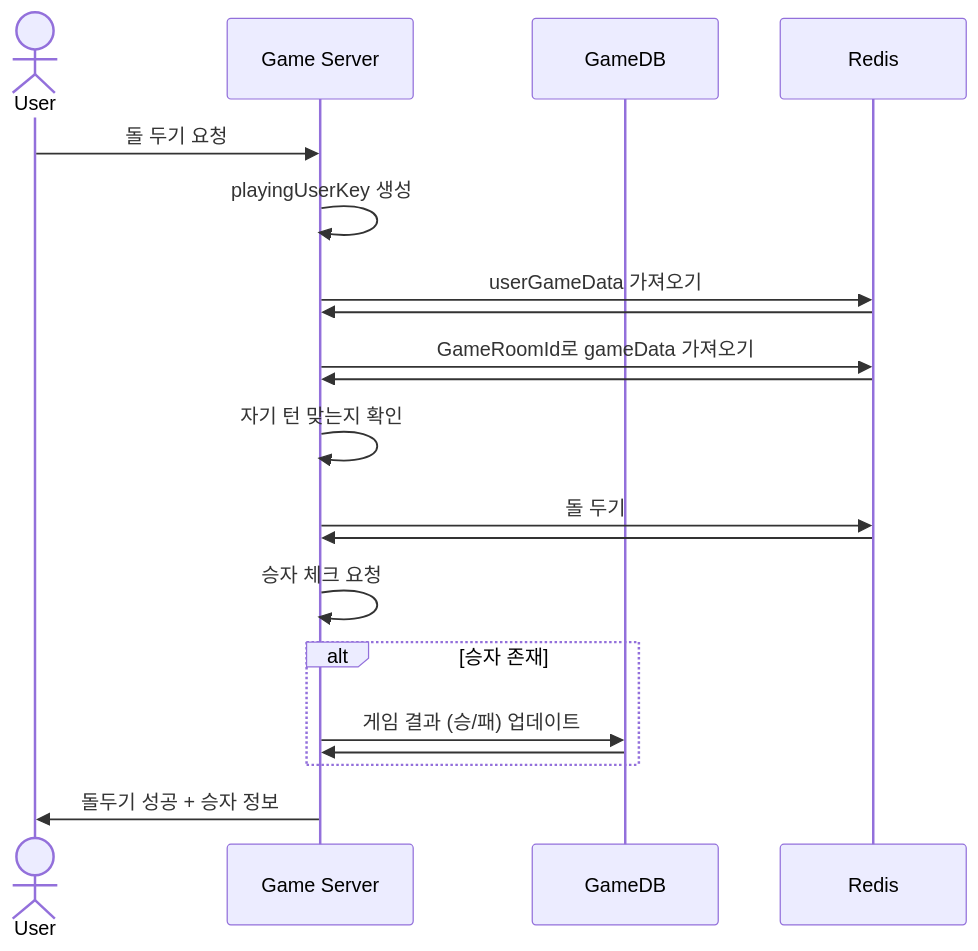
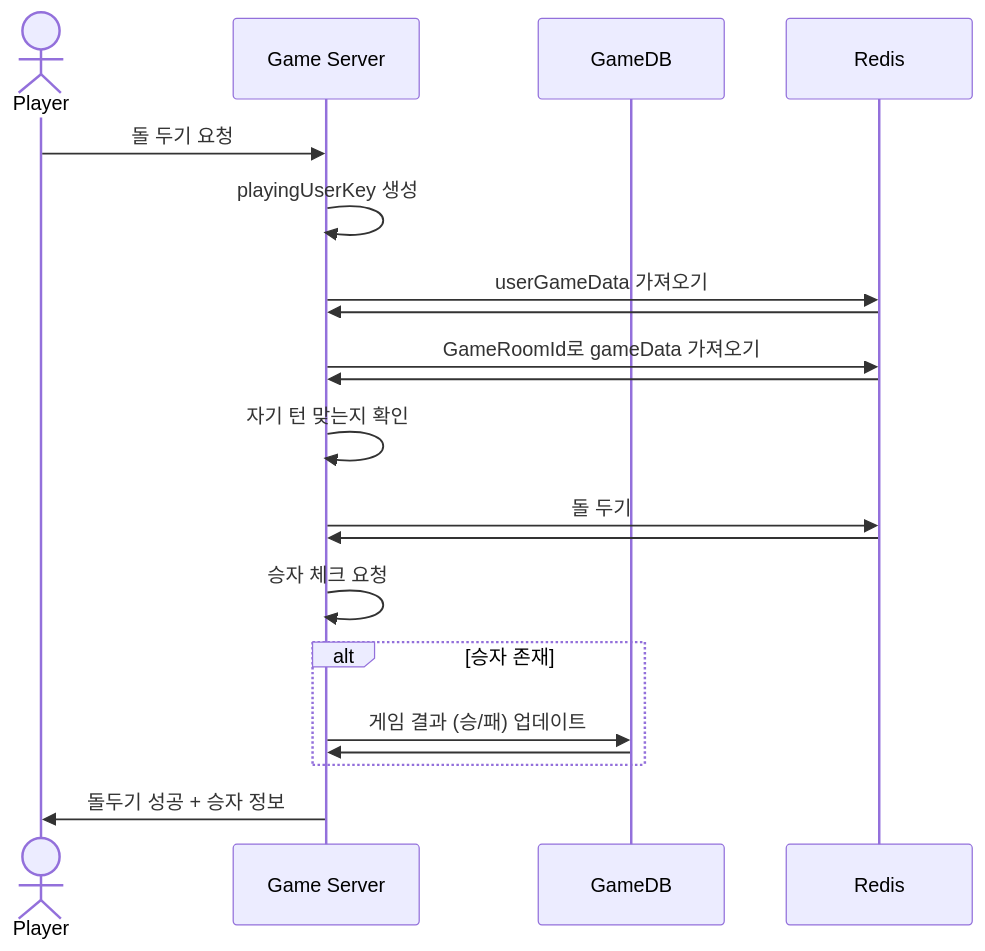
The diagram in SequenceDiagram/PutOmok.md (yujinS0/Omok-Game), drawn with Mermaid before and after one commit.

````diff
--- a/SequenceDiagram/PutOmok.md
+++ b/SequenceDiagram/PutOmok.md
@@ -4,28 +4,28 @@
 ```mermaid
 sequenceDiagram
-	actor User
+	actor Player
 	participant Game Server
 	participant GameDB
   	participant Redis
 
-	User ->> Game Server: 돌 두기 요청
+	Player ->> Game Server: 돌 두기 요청
 	Game Server ->> Game Server : playingUserKey 생성
  	Game Server ->> Redis : userGameData 가져오기
 	Redis ->> Game Server :  
 	  Game Server ->> Redis : GameRoomId로 gameData 가져오기
 	  Redis ->> Game Server: 
 
 	Game Server ->> Game Server : 자기 턴 맞는지 확인
 
 	Game Server ->> Redis : 돌 두기
 	Redis ->> Game Server :  
 
 	Game Server ->> Game Server : 승자 체크 요청
 	alt 승자 존재
 	  Game Server ->> GameDB : 게임 결과 (승/패) 업데이트
 	  GameDB ->> Game Server :   
 	end
 
-  	Game Server ->> User : 돌두기 성공 + 승자 정보
+  	Game Server ->> Player : 돌두기 성공 + 승자 정보
 
 ```
````
